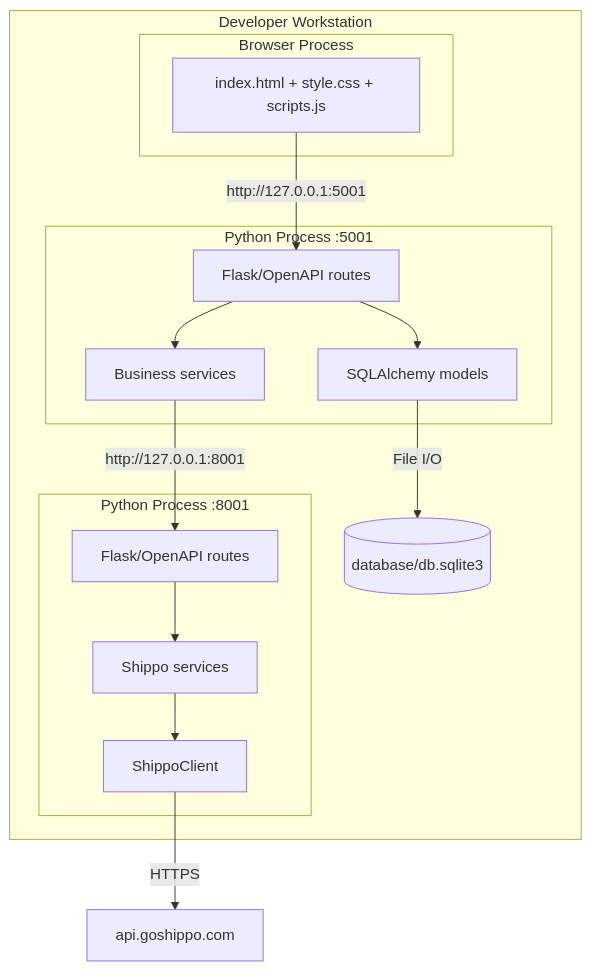
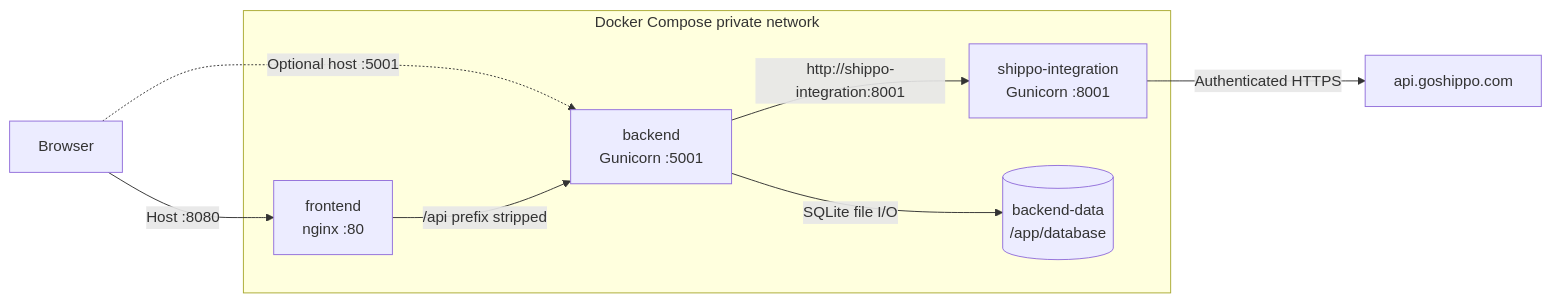
The second of 13 diagrams in OVERALL_ARCHITECTURE.md (Guiga1993/SoftwareArchitecture_API_External), drawn with Mermaid before and after one commit. The commit also changed other lines of this file and 6 other files, not shown here.

````diff
--- a/OVERALL_ARCHITECTURE.md
+++ b/OVERALL_ARCHITECTURE.md
@@ -67,32 +67,20 @@
 ```mermaid
-flowchart TB
-    subgraph Workstation[Developer Workstation]
-        subgraph BrowserProcess[Browser Process]
-            UI[index.html + style.css + scripts.js]
-        end
+flowchart LR
+  Browser[Browser]
 
-        subgraph BackendProcess[Python Process :5001]
-            FlaskBackend[Flask/OpenAPI routes]
-            Domain[Business services]
-            ORM[SQLAlchemy models]
-            FlaskBackend --> Domain
-            FlaskBackend --> ORM
-        end
+  subgraph Compose[Docker Compose private network]
+    Frontend[frontend<br/>nginx :80]
+    Backend[backend<br/>Gunicorn :5001]
+    Integration[shippo-integration<br/>Gunicorn :8001]
+    Volume[(backend-data<br/>/app/database)]
+  end
 
-        subgraph IntegrationProcess[Python Process :8001]
-            FlaskIntegration[Flask/OpenAPI routes]
-            Adapter[Shippo services]
-            HTTPClient[ShippoClient]
-            FlaskIntegration --> Adapter --> HTTPClient
-        end
+  Shippo[api.goshippo.com]
 
-        SQLite[(database/db.sqlite3)]
-    end
-
-    Shippo[api.goshippo.com]
-
-    UI -->|http://127.0.0.1:5001| FlaskBackend
-    ORM -->|File I/O| SQLite
-    Domain -->|http://127.0.0.1:8001| FlaskIntegration
-    HTTPClient -->|HTTPS| Shippo
+  Browser -->|Host :8080| Frontend
+  Browser -.->|Optional host :5001| Backend
+  Frontend -->|/api prefix stripped| Backend
+  Backend -->|http://shippo-integration:8001| Integration
+  Backend -->|SQLite file I/O| Volume
+  Integration -->|Authenticated HTTPS| Shippo
 ```
````
